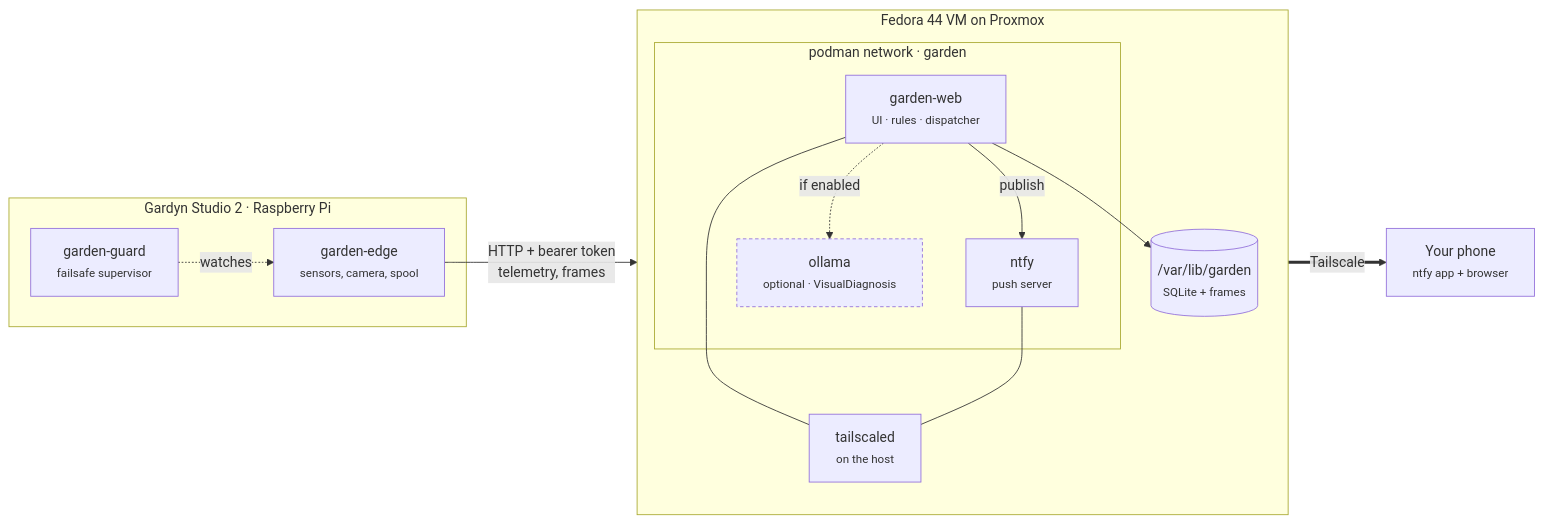
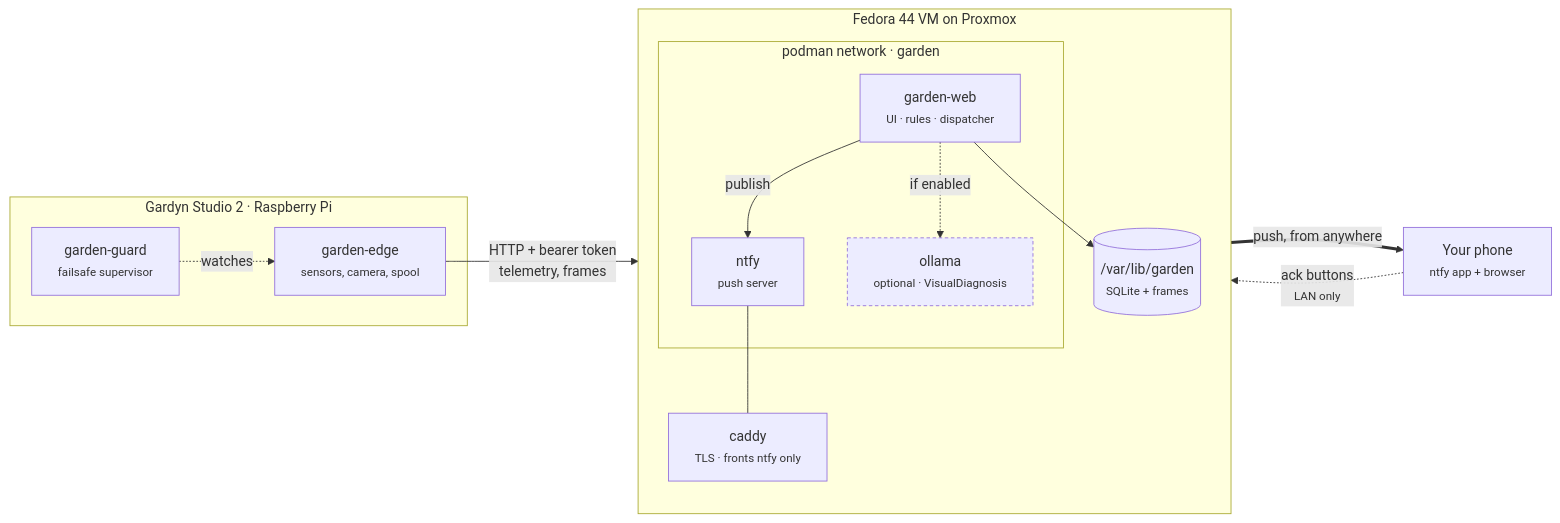
The first of 2 diagrams in DEPLOYMENT.md (aero530/garden_monitor), drawn with Mermaid before and after one commit. The commit also changed other lines of this file and 49 other files, not shown here.

````diff
--- a/DEPLOYMENT.md
+++ b/DEPLOYMENT.md
@@ -18,32 +18,32 @@
 ```mermaid
 flowchart LR
   subgraph pi["Gardyn Studio 2 · Raspberry Pi"]
     edge["garden-edge<br/><small>sensors, camera, spool</small>"]
     guard["garden-guard<br/><small>failsafe supervisor</small>"]
   end
 
   subgraph vm["Fedora 44 VM on Proxmox"]
     direction TB
     subgraph net["podman network · garden"]
       web["garden-web<br/><small>UI · rules · dispatcher</small>"]
       ntfy["ntfy<br/><small>push server</small>"]
       ollama["ollama<br/><small>optional · VisualDiagnosis</small>"]
     end
     disk[("/var/lib/garden<br/><small>SQLite + frames</small>")]
-    ts["tailscaled<br/><small>on the host</small>"]
+    caddy["caddy<br/><small>TLS · fronts ntfy only</small>"]
   end
 
   phone["Your phone<br/><small>ntfy app + browser</small>"]
 
   edge -->|"HTTP + bearer token<br/>telemetry, frames"| web
   guard -.->|"watches"| edge
   web --> disk
   web -->|"publish"| ntfy
   web -.->|"if enabled"| ollama
-  web --- ts
-  ntfy --- ts
-  ts ==>|"Tailscale"| phone
+  ntfy --- caddy
+  caddy ==>|"push, from anywhere"| phone
+  phone -.->|"ack buttons<br/><small>LAN only</small>"| web
 
   classDef opt stroke-dasharray: 4 3
   class ollama opt
 ```
````
